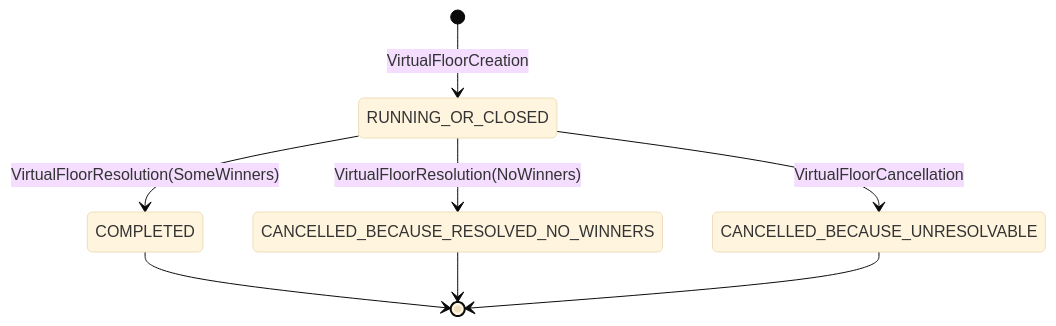
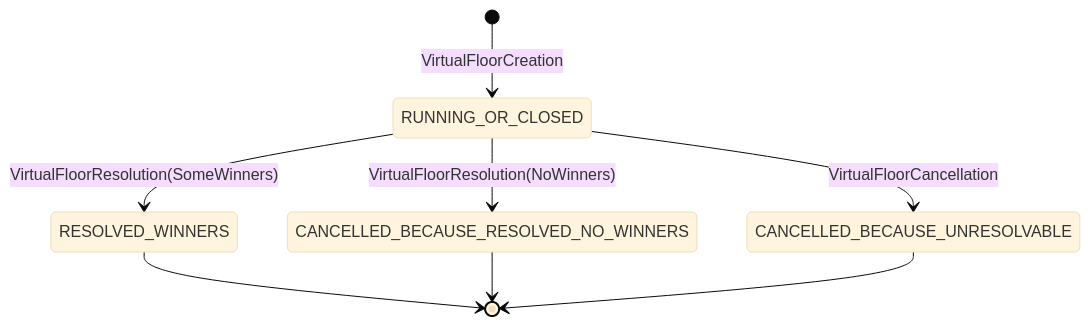
Before and after one commit to 0xsaxit/doubledice: the second of 2 diagrams in platform/docs/STATE.md, drawn with Mermaid (base theme). The commit also changed other lines of this file and 5 other files, not shown here.

Commit message:
:recycle: Rename Completed => ResolvedWinners

````diff
--- a/platform/docs/STATE.md
+++ b/platform/docs/STATE.md
@@ -28,10 +28,10 @@
 ```mermaid
 stateDiagram-v2
     [*] --> RUNNING_OR_CLOSED: VirtualFloorCreation
-    RUNNING_OR_CLOSED --> COMPLETED: VirtualFloorResolution(SomeWinners)
+    RUNNING_OR_CLOSED --> RESOLVED_WINNERS: VirtualFloorResolution(SomeWinners)
     RUNNING_OR_CLOSED --> CANCELLED_BECAUSE_RESOLVED_NO_WINNERS: VirtualFloorResolution(NoWinners)
     RUNNING_OR_CLOSED --> CANCELLED_BECAUSE_UNRESOLVABLE: VirtualFloorCancellation
-    COMPLETED --> [*]
+    RESOLVED_WINNERS --> [*]
     CANCELLED_BECAUSE_RESOLVED_NO_WINNERS --> [*]
     CANCELLED_BECAUSE_UNRESOLVABLE --> [*]
 ```
````
